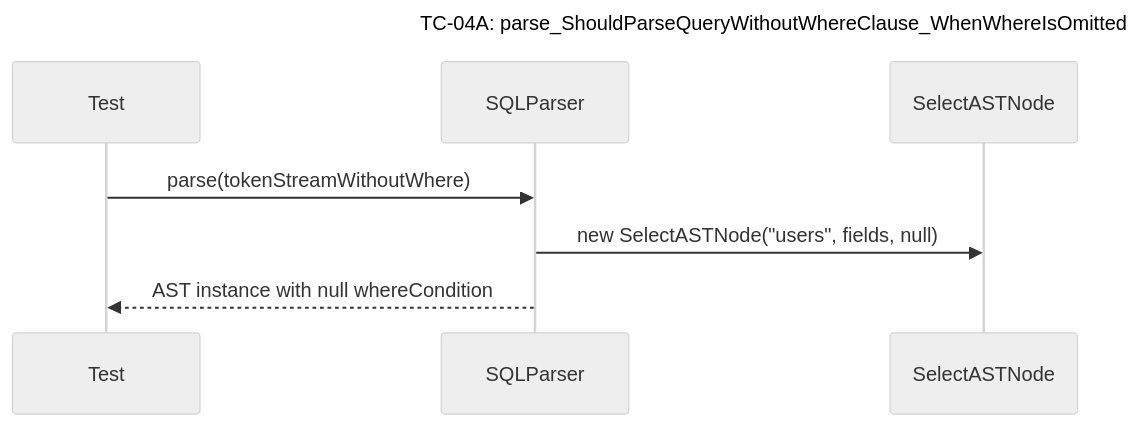
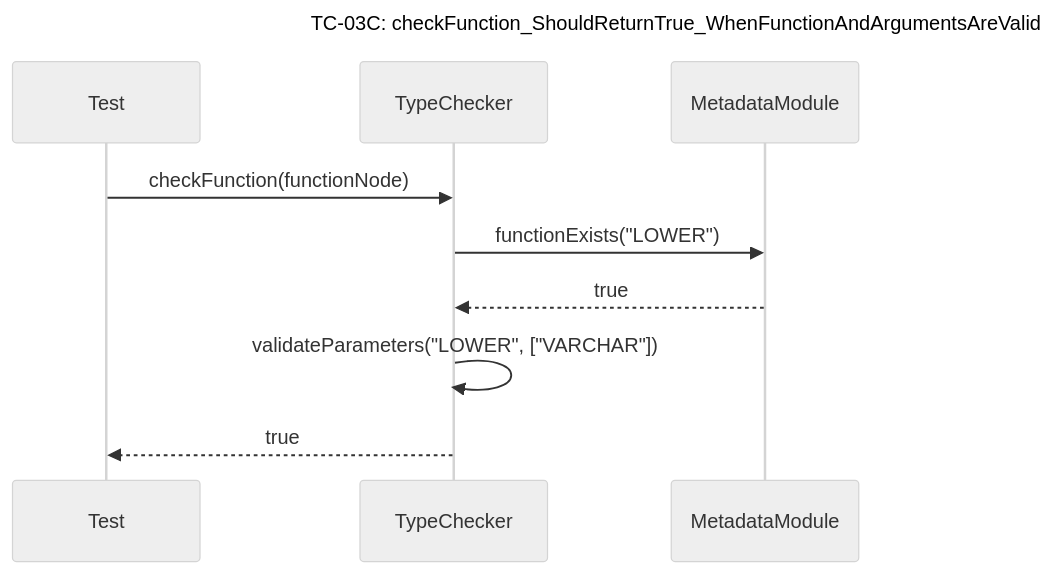
Before and after one commit to Dikhang1112/Database_Management_BBV: diagram 16 of 30 in docs/unit_test/query_prossor/SequeceTestCase.md, drawn with Mermaid (neutral theme). The commit also changed other lines of this file and 2 other files, not shown here.

Commit message:
Add unit test for senetic analysis

````diff
--- a/docs/unit_test/query_prossor/SequeceTestCase.md
+++ b/docs/unit_test/query_prossor/SequeceTestCase.md
@@ -220,11 +230,13 @@
 ```mermaid
 sequenceDiagram
-    title TC-04A: parse_ShouldParseQueryWithoutWhereClause_WhenWhereIsOmitted
+    title TC-03C: checkFunction_ShouldReturnTrue_WhenFunctionAndArgumentsAreValid
     participant Test
-    participant SQLParser
-    participant SelectASTNode
+    participant TypeChecker
+    participant MetadataModule
 
-    Test->>SQLParser: parse(tokenStreamWithoutWhere)
-    SQLParser->>SelectASTNode: new SelectASTNode("users", fields, null)
-    SQLParser-->>Test: AST instance with null whereCondition
+    Test->>TypeChecker: checkFunction(functionNode)
+    TypeChecker->>MetadataModule: functionExists("LOWER")
+    MetadataModule-->>TypeChecker: true
+    TypeChecker->>TypeChecker: validateParameters("LOWER", ["VARCHAR"])
+    TypeChecker-->>Test: true
 ```
````
